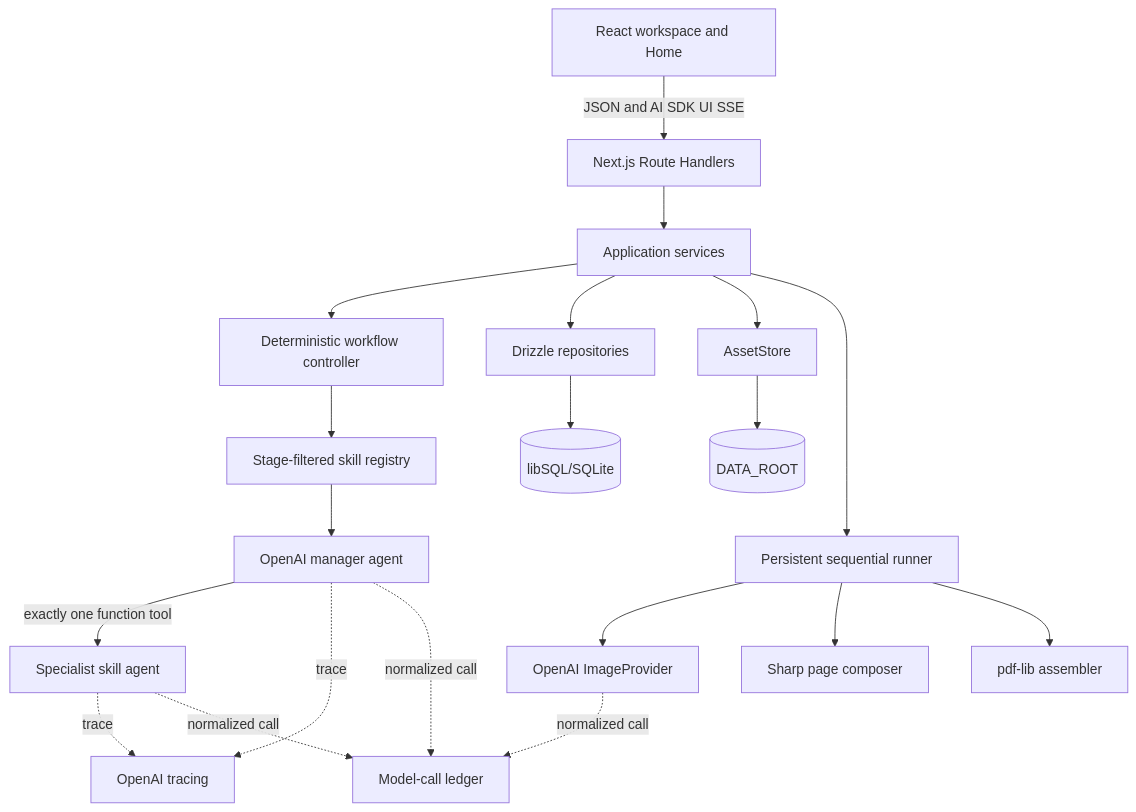
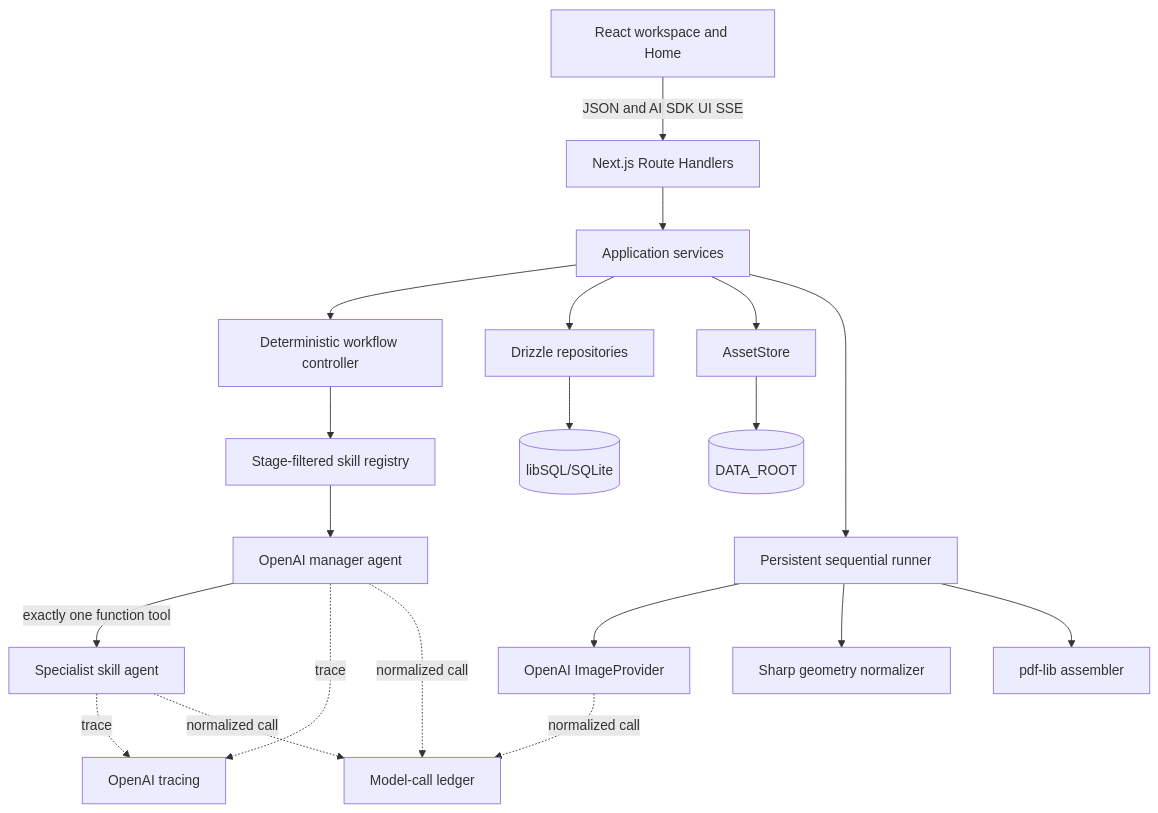
The diagram in docs/accepted/2026-08-01_end-to-end-poc/PLAN.md (karpishe-experiments/agentic-poc), drawn with Mermaid before and after one commit. The commit also changed other lines of this file and 34 other files, not shown here.

````diff
--- a/docs/accepted/2026-08-01_end-to-end-poc/PLAN.md
+++ b/docs/accepted/2026-08-01_end-to-end-poc/PLAN.md
@@ -354,22 +354,22 @@
 ```mermaid
 flowchart TB
     Browser[React workspace and Home] -->|JSON and AI SDK UI SSE| Routes[Next.js Route Handlers]
     Routes --> Services[Application services]
     Services --> Workflow[Deterministic workflow controller]
     Workflow --> Registry[Stage-filtered skill registry]
     Registry --> Manager[OpenAI manager agent]
     Manager -->|exactly one function tool| Specialist[Specialist skill agent]
     Services --> Repos[Drizzle repositories]
     Services --> Assets[AssetStore]
     Services --> Runner[Persistent sequential runner]
     Runner --> ImageProvider[OpenAI ImageProvider]
-    Runner --> Composer[Sharp page composer]
+    Runner --> Composer[Sharp geometry normalizer]
     Runner --> Pdf[pdf-lib assembler]
     Repos --> DB[(libSQL/SQLite)]
     Assets --> FS[(DATA_ROOT)]
     Manager -. trace .-> OpenAITrace[OpenAI tracing]
     Specialist -. trace .-> OpenAITrace
     Manager -. normalized call .-> Ledger[Model-call ledger]
     Specialist -. normalized call .-> Ledger
     ImageProvider -. normalized call .-> Ledger
 ```
````
